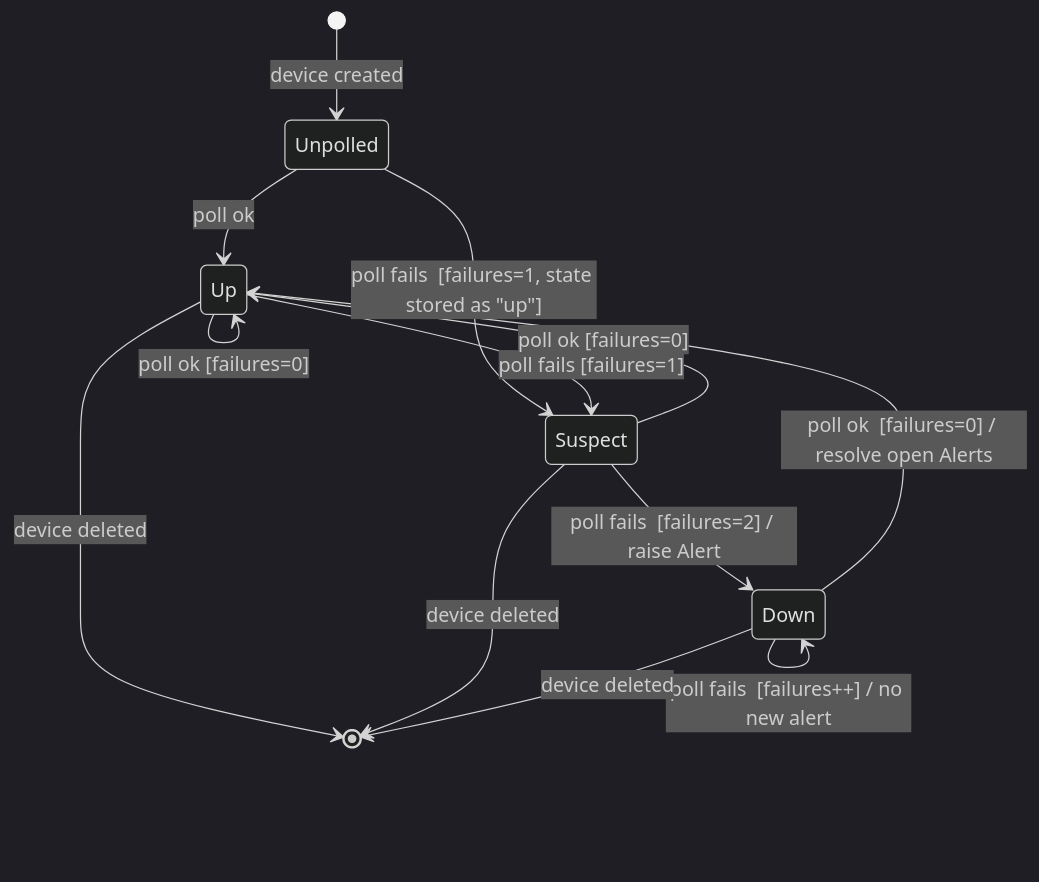
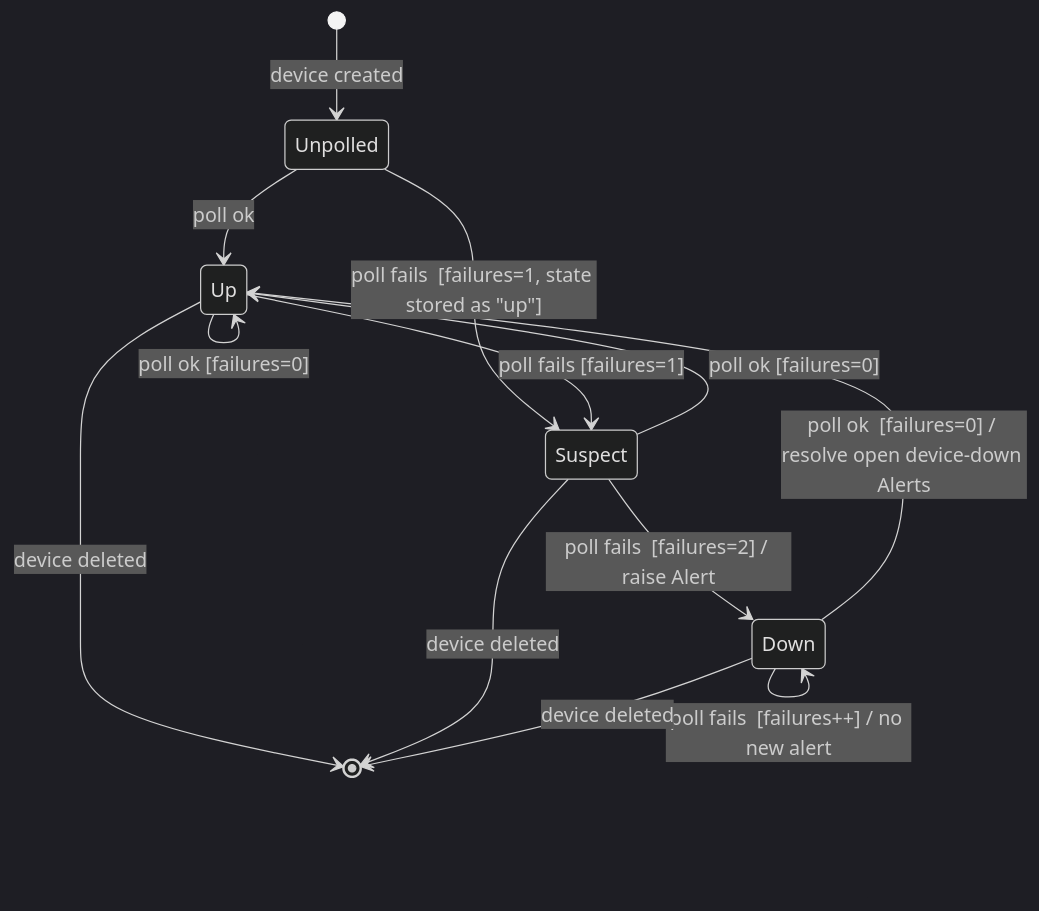
The first of 9 diagrams in docs/design/statecharts.md (SeidaSecurity/CS-4398F26), drawn with Mermaid (dark theme) before and after one commit. The commit also changed other lines of this file and 9 other files, not shown here.

````diff
--- a/docs/design/statecharts.md
+++ b/docs/design/statecharts.md
@@ -8,15 +8,15 @@
 ```mermaid
 stateDiagram-v2
     [*] --> Unpolled : device created
     Unpolled --> Up : poll ok
     Unpolled --> Suspect : poll fails  [failures=1, state stored as "up"]
     Up --> Up : poll ok  [failures=0]
     Up --> Suspect : poll fails  [failures=1]
     Suspect --> Up : poll ok  [failures=0]
     Suspect --> Down : poll fails  [failures=2] / raise Alert
     Down --> Down : poll fails  [failures++] / no new alert
-    Down --> Up : poll ok  [failures=0] / resolve open Alerts
+    Down --> Up : poll ok  [failures=0] / resolve open device-down Alerts
     Up --> [*] : device deleted
     Suspect --> [*] : device deleted
     Down --> [*] : device deleted
 ```
````
